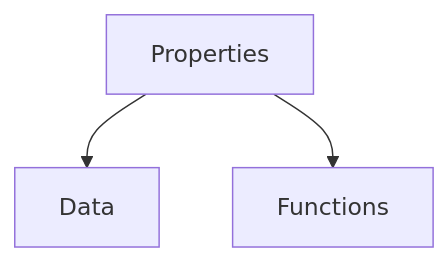
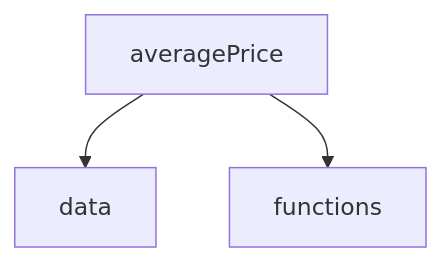
Before and after one commit to nashville-software-school/client-side-mastery: the first of 2 diagrams in book-1-queen-bee/chapters/SURF_DIAGRAM.md, drawn with Mermaid. The commit also changed other lines of this file and 1 other file, not shown here.

Commit message:
fixed sequence diagram and instructions in functions module chapter

````diff
--- a/book-1-queen-bee/chapters/SURF_DIAGRAM.md
+++ b/book-1-queen-bee/chapters/SURF_DIAGRAM.md
@@ -19,5 +19,5 @@
 ```mermaid
 graph TD;
-    Properties-->Data;
-    Properties-->Functions;
+    averagePrice-->data;
+    averagePrice-->functions;
 ```
````
